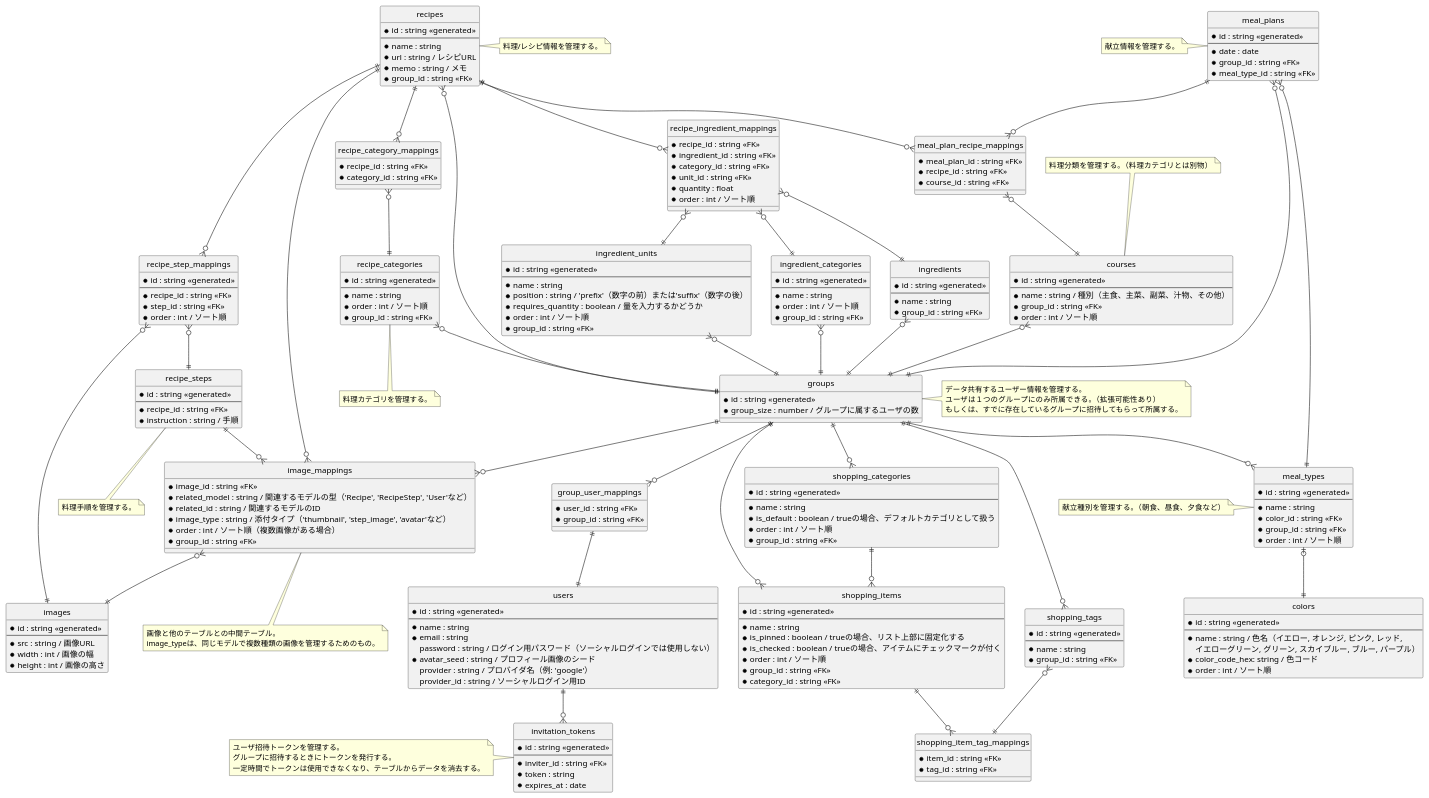
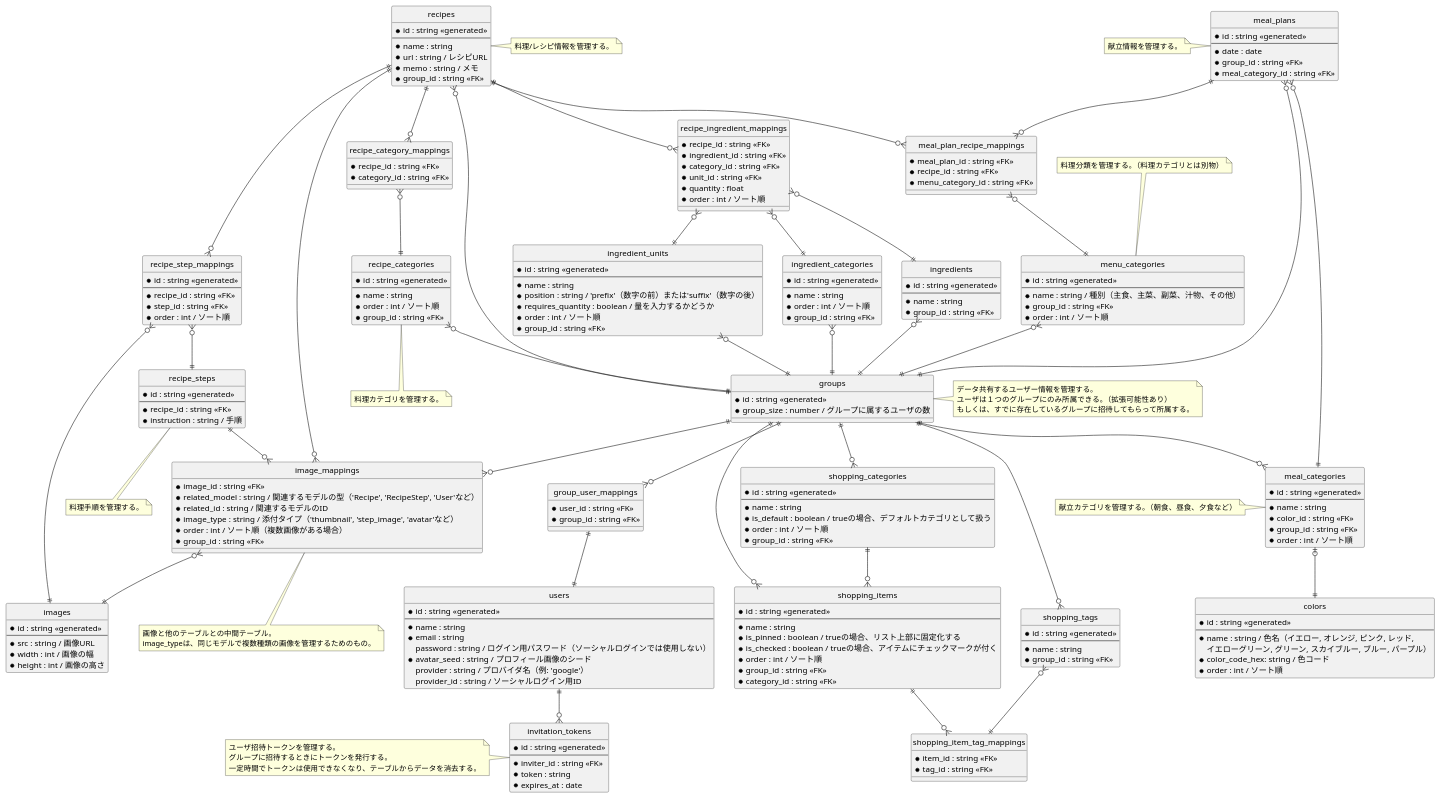
One commit to nanoha94/meap changed the diagram in server/docs/er.puml. Above: the diagram before and after it, drawn with PlantUML. The commit also changed 104 other files, not shown here.

```diff
--- a/server/docs/er.puml
+++ b/server/docs/er.puml
@@ -64,7 +64,7 @@
     * order : int / ソート順
 }
 
-entity courses {
+entity menu_categories {
     * id : string <<generated>>
     ---
     * name : string / 種別（主食、主菜、副菜、汁物、その他）
@@ -88,7 +88,7 @@
 entity meal_plan_recipe_mappings {
     * meal_plan_id : string <<FK>>
     * recipe_id : string <<FK>>
-    * course_id : string <<FK>>
+    * menu_category_id : string <<FK>>
 }
 
 entity meal_plans {
@@ -96,11 +96,11 @@
     ---
     * date : date
     * group_id : string <<FK>>
-    * meal_type_id : string <<FK>>
+    * meal_category_id : string <<FK>>
 }
 
 
-entity meal_types {
+entity meal_categories {
     * id : string <<generated>>
     --
     * name : string
@@ -207,16 +207,16 @@
 shopping_items ||--o{ shopping_item_tag_mappings
 shopping_tags }o--|| shopping_item_tag_mappings
 
-groups ||--o{ meal_types
-meal_types |o--|| colors
+groups ||--o{ meal_categories
+meal_categories |o--|| colors
 
 meal_plans }o--|| groups
-meal_plans }o--|| meal_types
+meal_plans }o--|| meal_categories
 recipes }o--|| groups
-courses }o--|| groups
+menu_categories }o--|| groups
 recipes ||--o{ meal_plan_recipe_mappings
 meal_plans ||--o{ meal_plan_recipe_mappings
-meal_plan_recipe_mappings }o--|| courses
+meal_plan_recipe_mappings }o--|| menu_categories
 
 recipes ||--o{ recipe_step_mappings
 recipe_step_mappings }o--|| recipe_steps
@@ -244,8 +244,8 @@
   献立情報を管理する。
 end note
 
-note left of meal_types
-  献立種別を管理する。（朝食、昼食、夕食など）
+note left of meal_categories
+  献立カテゴリを管理する。（朝食、昼食、夕食など）
 end note
 
 note right of recipes
@@ -256,7 +256,7 @@
   料理手順を管理する。
 end note
 
-note top of courses
+note top of menu_categories
   料理分類を管理する。（料理カテゴリとは別物）
 end note
 
```
